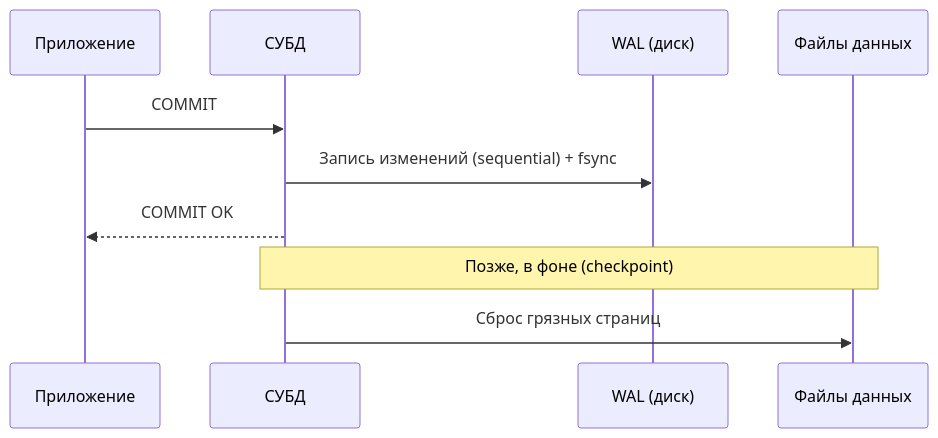
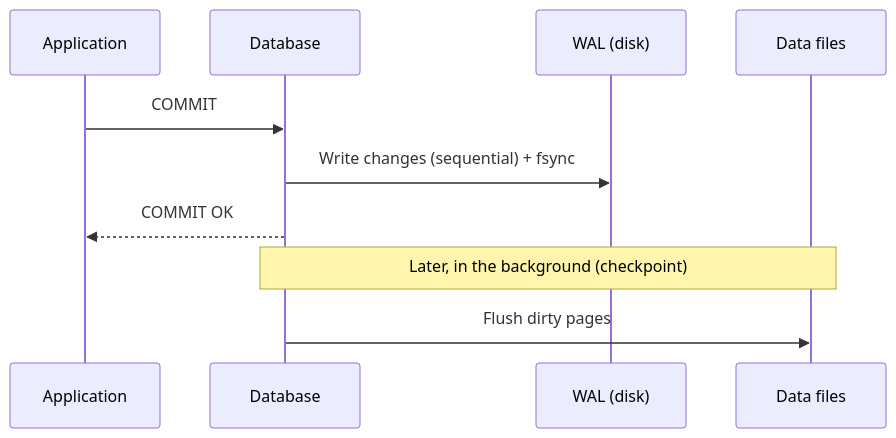
The first of 2 diagrams in Innowise/Вопросы к собесу/Backend/Data Bases.md (younggsad/obsidian-store), drawn with Mermaid before and after one commit. The commit also changed other lines of this file and 1 other file, not shown here.

````diff
--- a/Innowise/Вопросы к собесу/Backend/Data Bases.md
+++ b/Innowise/Вопросы к собесу/Backend/Data Bases.md
@@ -280,12 +294,12 @@
 ```mermaid
 sequenceDiagram
-    participant App as Приложение
-    participant DB as СУБД
-    participant WAL as WAL (диск)
-    participant Data as Файлы данных
+    participant App as Application
+    participant DB as Database
+    participant WAL as WAL (disk)
+    participant Data as Data files
     App->>DB: COMMIT
-    DB->>WAL: Запись изменений (sequential) + fsync
+    DB->>WAL: Write changes (sequential) + fsync
     DB-->>App: COMMIT OK
-    Note over DB,Data: Позже, в фоне (checkpoint)
-    DB->>Data: Сброс грязных страниц
+    Note over DB,Data: Later, in the background (checkpoint)
+    DB->>Data: Flush dirty pages
 ```
````
